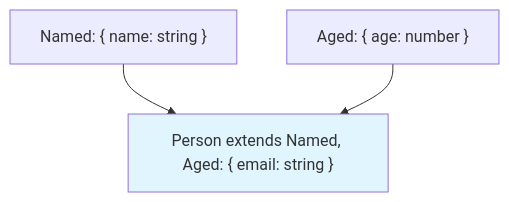
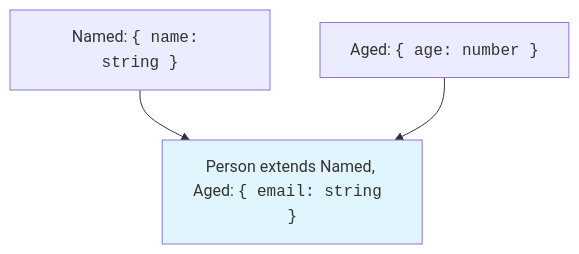
Before and after one commit to dataslope/dataslope: the diagram in content/learn/typescript-from-scratch/objects-and-interfaces.mdx, drawn with Mermaid. The commit also changed 218 other files, not shown here.

First line of the commit message:
Render code-only mermaid shapes in monospace; convert step sequences to Steps (#467)

````diff
--- a/content/learn/typescript-from-scratch/objects-and-interfaces.mdx
+++ b/content/learn/typescript-from-scratch/objects-and-interfaces.mdx
@@ -294,11 +294,11 @@
 ```mermaid
 graph TD
-    Named["Named: { name: string }"]
-    Aged["Aged: { age: number }"]
-    Person["Person extends Named, Aged: { email: string }"]
+    Named["Named: <code>{ name: string }</code>"]
+    Aged["Aged: <code>{ age: number }</code>"]
+    Person["Person extends Named, Aged: <code>{ email: string }</code>"]
     
     Named --> Person
     Aged --> Person
     
     style Person fill:#e1f5ff
 ```
````
